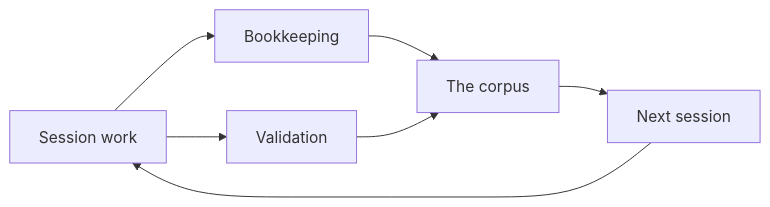
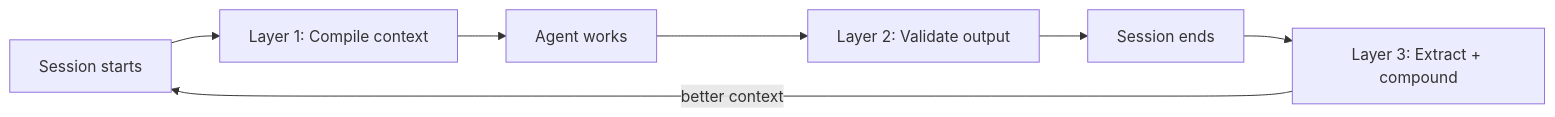
The diagram in README.md (lguzzon-scratchbook/agentops), drawn with Mermaid before and after one commit. The commit also changed other lines of this file and 2 other files, not shown here.

````diff
--- a/README.md
+++ b/README.md
@@ -101,9 +98,9 @@
 ```mermaid
 flowchart LR
-    S[Session work] --> B[Bookkeeping]
-    S --> V[Validation]
-    B --> C[The corpus]
-    V --> C
-    C --> N[Next session]
-    N --> S
+    S[Session starts] --> L1[Layer 1: Compile context]
+    L1 --> W[Agent works]
+    W --> L2[Layer 2: Validate output]
+    L2 --> E[Session ends]
+    E --> L3[Layer 3: Extract + compound]
+    L3 -->|better context| S
 ```
````
